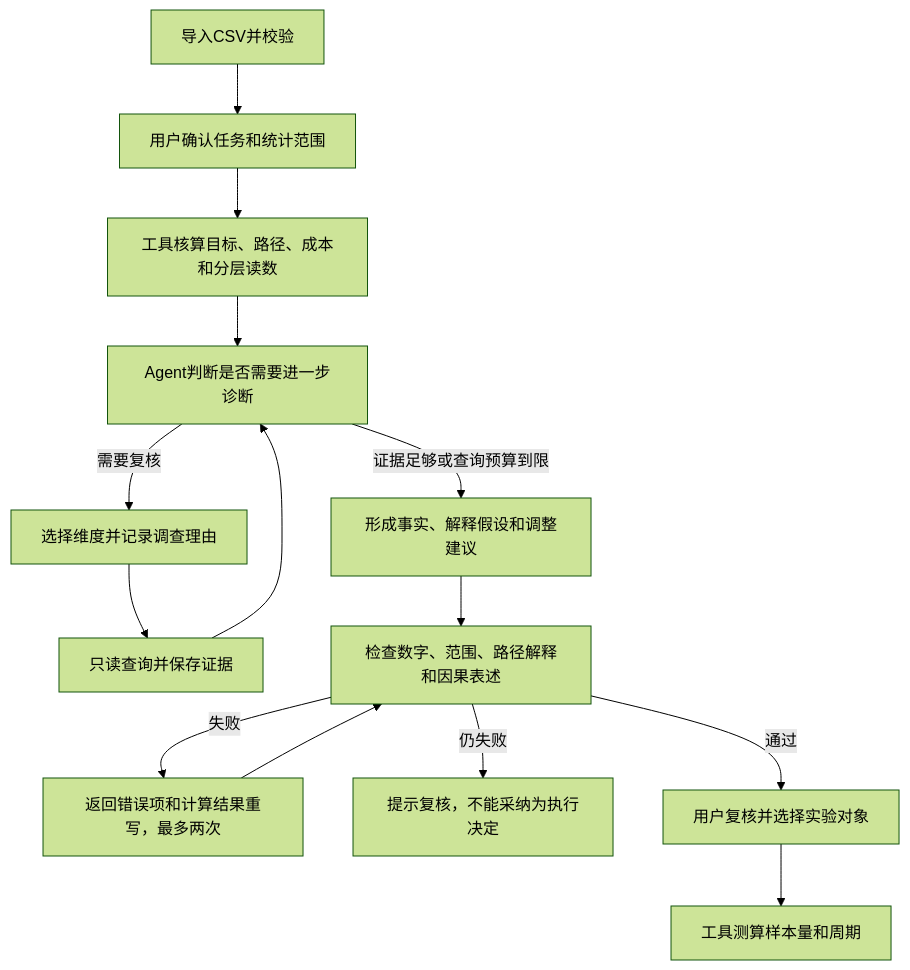
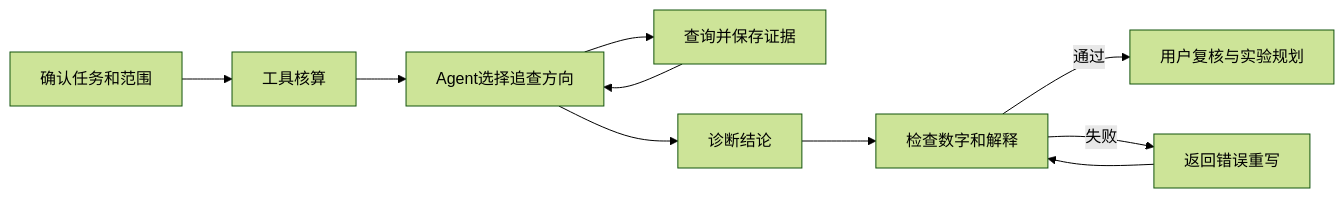
One commit to iloveme99i/campaign-intelligence-agent changed the diagram in README.md. Above: the diagram before and after it, drawn with Mermaid (forest theme). The commit also changed other lines of this file, not shown here.

````diff
--- a/README.md
+++ b/README.md
@@ -34,16 +42,12 @@
 ```mermaid
-flowchart TD
-  A[导入CSV并校验] --> B[用户确认任务和统计范围]
-  B --> C[工具核算目标、路径、成本和分层读数]
-  C --> D[Agent判断是否需要进一步诊断]
-  D -->|需要复核| E[选择维度并记录调查理由]
-  E --> F[只读查询并保存证据]
-  F --> D
-  D -->|证据足够或查询预算到限| G[形成事实、解释假设和调整建议]
-  G --> H[检查数字、范围、路径解释和因果表述]
-  H -->|失败| I[返回错误项和计算结果重写，最多两次]
-  I --> H
-  H -->|仍失败| J[提示复核，不能采纳为执行决定]
-  H -->|通过| K[用户复核并选择实验对象]
-  K --> L[工具测算样本量和周期]
+flowchart LR
+  A[确认任务和范围] --> B[工具核算]
+  B --> C[Agent选择追查方向]
+  C --> D[查询并保存证据]
+  D --> C
+  C --> E[诊断结论]
+  E --> F[检查数字和解释]
+  F -->|通过| G[用户复核与实验规划]
+  F -->|失败| H[返回错误重写]
+  H --> F
 ```
````
